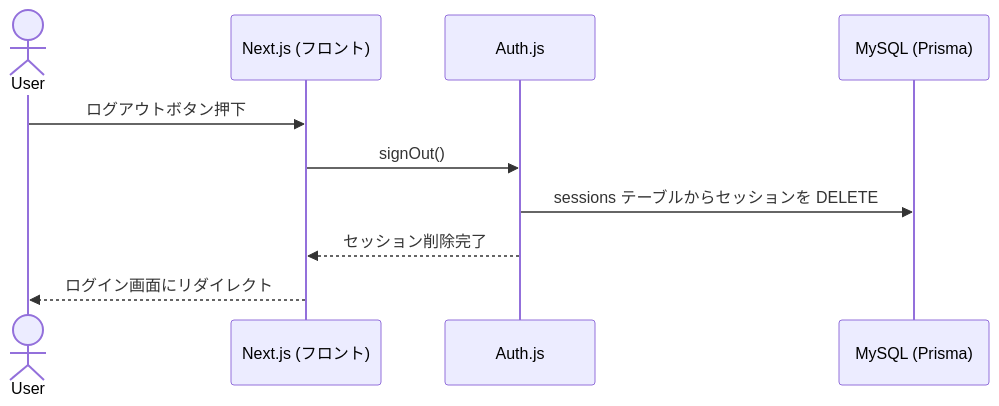
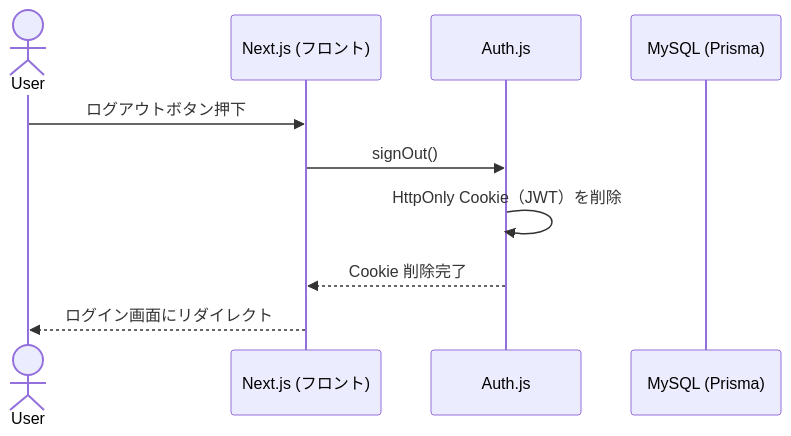
The fourth of 9 diagrams in docs/シーケンス図.md (saki-nakata/TripDiary), drawn with Mermaid before and after one commit. The commit also changed other lines of this file and 34 other files, not shown here.

````diff
--- a/docs/シーケンス図.md
+++ b/docs/シーケンス図.md
@@ -121,13 +121,13 @@
 ```mermaid
 sequenceDiagram
     actor User
     participant FE as Next.js (フロント)
     participant Auth as Auth.js
     participant DB as MySQL (Prisma)
 
     User->>FE: ログアウトボタン押下
     FE->>Auth: signOut()
-    Auth->>DB: sessions テーブルからセッションを DELETE
-    Auth-->>FE: セッション削除完了
+    Auth->>Auth: HttpOnly Cookie（JWT）を削除
+    Auth-->>FE: Cookie 削除完了
     FE-->>User: ログイン画面にリダイレクト
 ```
````
